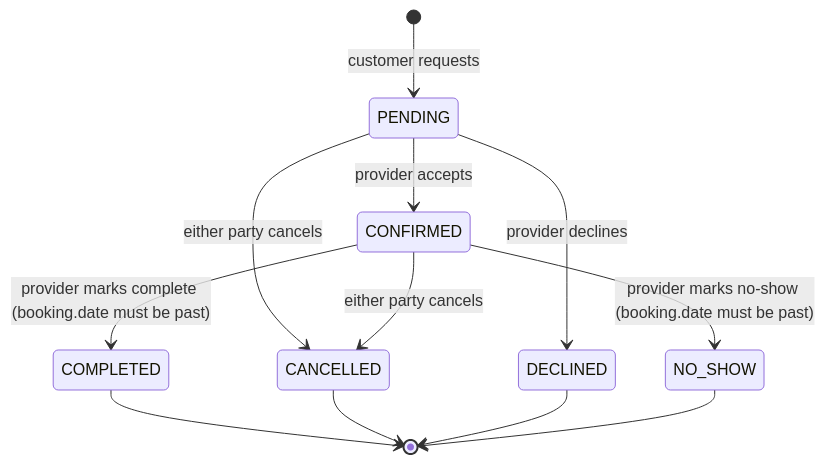
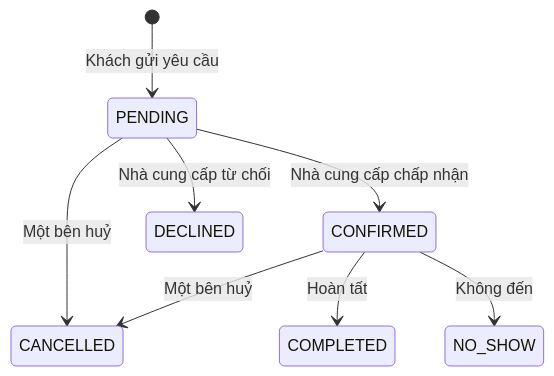
One commit to BaoHe198/Fgrapher changed the diagram in docs/FEATURES.md. Above: the diagram before and after it, drawn with Mermaid. The commit also changed other lines of this file and 75 other files, not shown here.

````diff
--- a/docs/FEATURES.md
+++ b/docs/FEATURES.md
@@ -232,14 +138,10 @@
 ```mermaid
 stateDiagram-v2
-    [*] --> PENDING: customer requests
-    PENDING --> CONFIRMED: provider accepts
-    PENDING --> DECLINED: provider declines
-    PENDING --> CANCELLED: either party cancels
-    CONFIRMED --> CANCELLED: either party cancels
-    CONFIRMED --> COMPLETED: provider marks complete (booking.date must be past)
-    CONFIRMED --> NO_SHOW: provider marks no-show (booking.date must be past)
-    COMPLETED --> [*]
-    CANCELLED --> [*]
-    DECLINED --> [*]
-    NO_SHOW --> [*]
+    [*] --> PENDING: Khách gửi yêu cầu
+    PENDING --> CONFIRMED: Nhà cung cấp chấp nhận
+    PENDING --> DECLINED: Nhà cung cấp từ chối
+    PENDING --> CANCELLED: Một bên huỷ
+    CONFIRMED --> CANCELLED: Một bên huỷ
+    CONFIRMED --> COMPLETED: Hoàn tất
+    CONFIRMED --> NO_SHOW: Không đến
 ```
````
